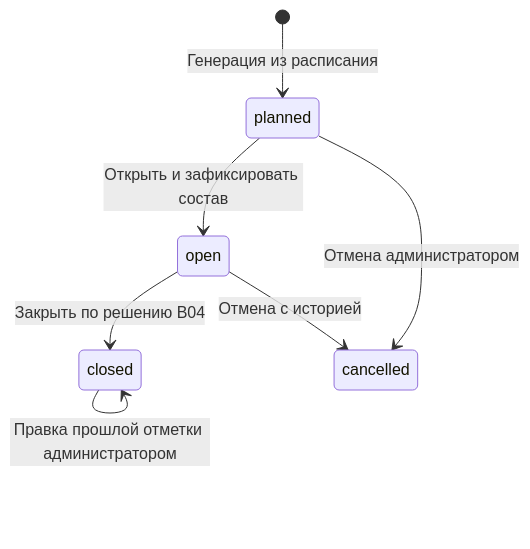
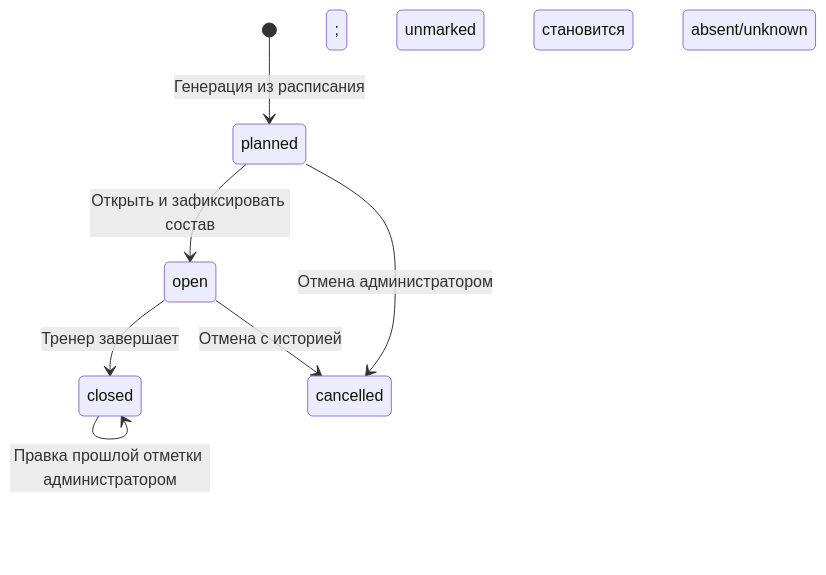
One commit to NikishGum/JudeOSLite changed the seventh of 7 diagrams in docs/database/diagrams-v1.md. Above: the diagram before and after it, drawn with Mermaid. The commit also changed other lines of this file and 8 other files, not shown here.

````diff
--- a/docs/database/diagrams-v1.md
+++ b/docs/database/diagrams-v1.md
@@ -322,9 +324,9 @@
 ```mermaid
 stateDiagram-v2
     [*] --> planned: Генерация из расписания
     planned --> open: Открыть и зафиксировать состав
-    open --> closed: Закрыть по решению B04
+    open --> closed: Тренер завершает; unmarked становится absent/unknown
     planned --> cancelled: Отмена администратором
     open --> cancelled: Отмена с историей
     closed --> closed: Правка прошлой отметки администратором
 ```
````
